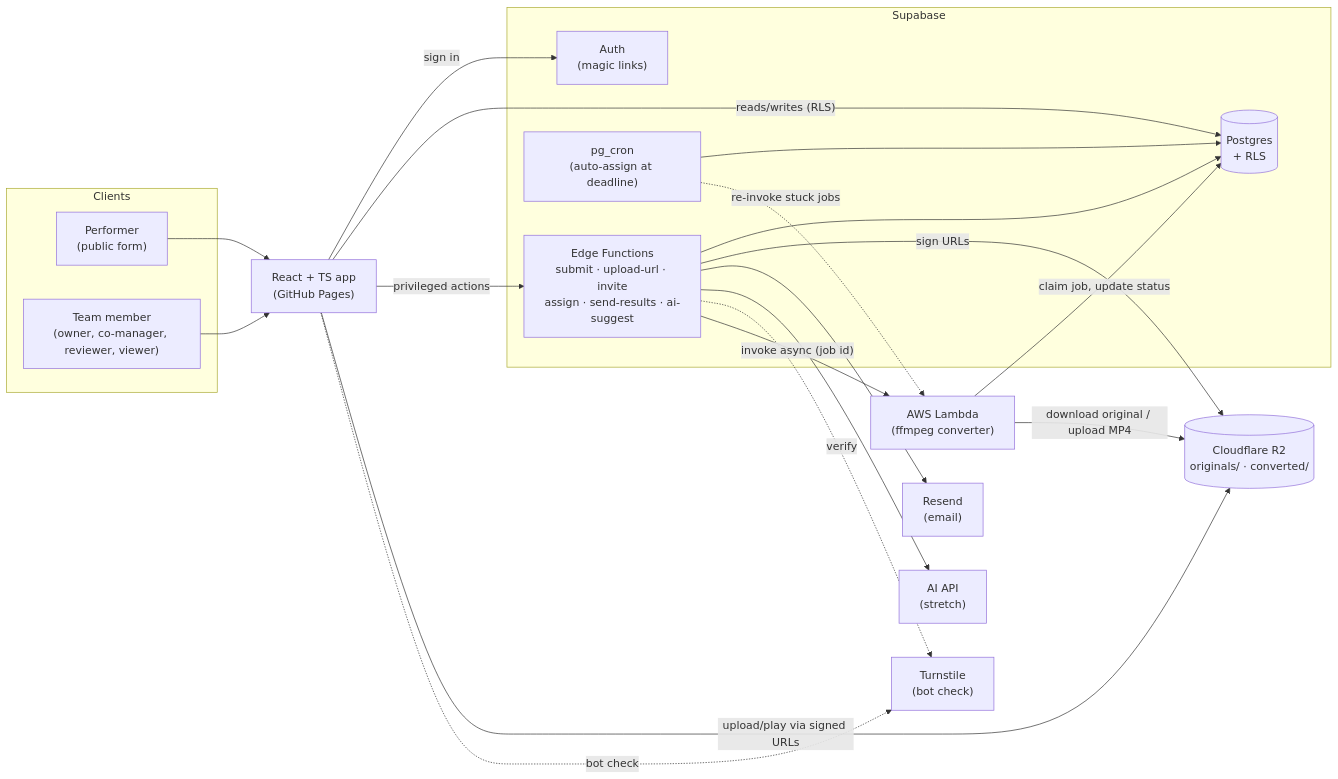
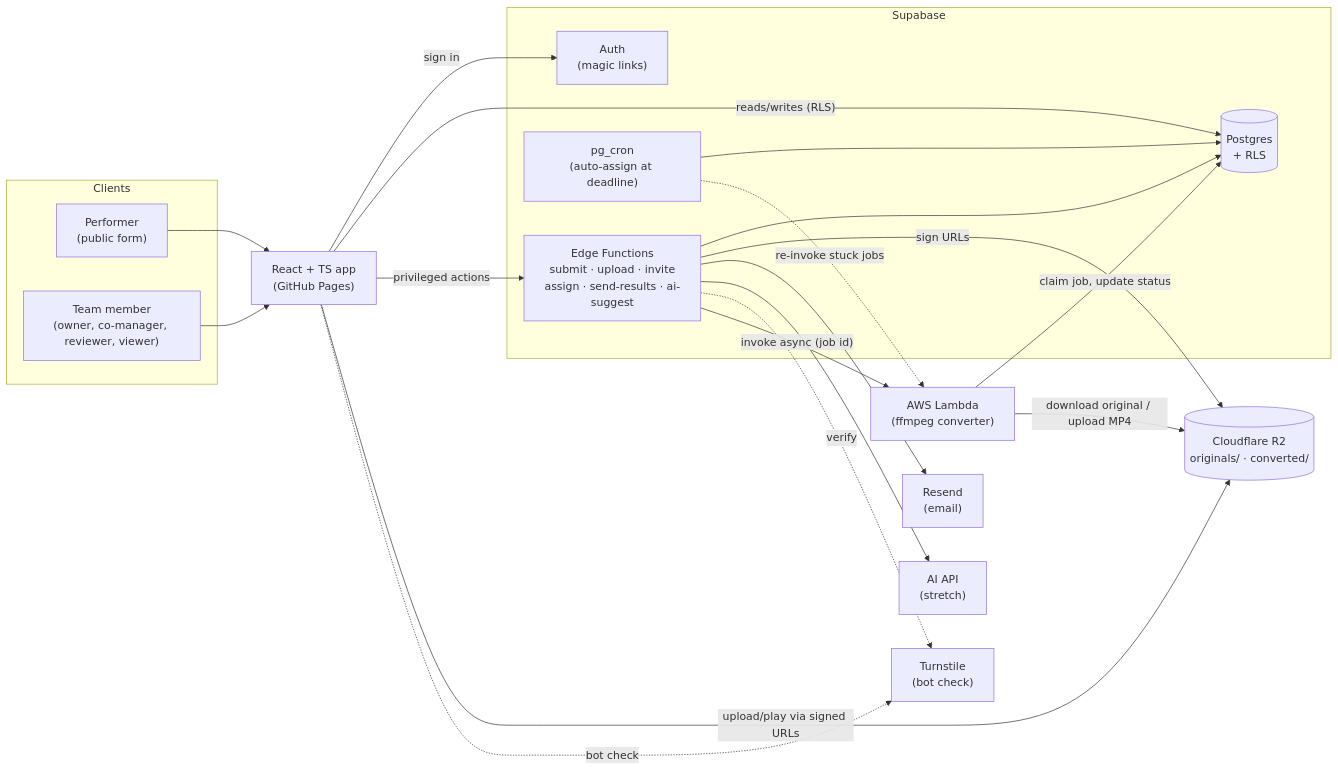
Before and after one commit to dixond01/ChooseTogether: the first of 2 diagrams in Documents/system_design.md, drawn with Mermaid. The commit also changed 21 other files, not shown here.

First line of the commit message:
Add submit and upload Edge Functions with R2 uploads and Turnstile

````diff
--- a/Documents/system_design.md
+++ b/Documents/system_design.md
@@ -5,40 +5,40 @@
 ```mermaid
 flowchart LR
     subgraph Clients
         P["Performer<br/>(public form)"]
         T["Team member<br/>(owner, co-manager, reviewer, viewer)"]
     end
 
     FE["React + TS app<br/>(GitHub Pages)"]
 
     subgraph Supabase
         AUTH["Auth<br/>(magic links)"]
         DB[("Postgres<br/>+ RLS")]
-        EF["Edge Functions<br/>submit · upload-url · invite<br/>assign · send-results · ai-suggest"]
+        EF["Edge Functions<br/>submit · upload · invite<br/>assign · send-results · ai-suggest"]
         CRON["pg_cron<br/>(auto-assign at deadline)"]
     end
 
     R2[("Cloudflare R2<br/>originals/ · converted/")]
     W["AWS Lambda<br/>(ffmpeg converter)"]
     MAIL["Resend<br/>(email)"]
     AI["AI API<br/>(stretch)"]
     TS["Turnstile<br/>(bot check)"]
 
     P --> FE
     T --> FE
     FE -- "sign in" --> AUTH
     FE -- "reads/writes (RLS)" --> DB
     FE -- "privileged actions" --> EF
     FE -- "upload/play via signed URLs" --> R2
     FE -. "bot check" .-> TS
     EF --> DB
     EF -- "sign URLs" --> R2
     EF --> MAIL
     EF --> AI
     EF -. "verify" .-> TS
     EF -- "invoke async (job id)" --> W
     CRON --> DB
     CRON -. "re-invoke stuck jobs" .-> W
     W -- "claim job, update status" --> DB
     W -- "download original / upload MP4" --> R2
 ```
````
